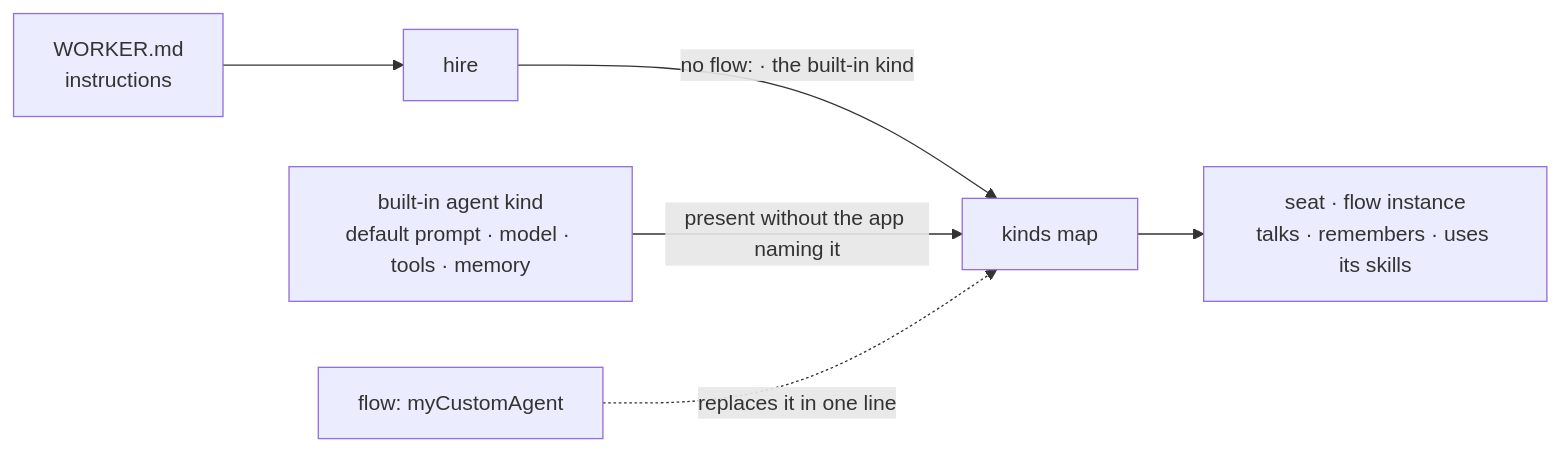
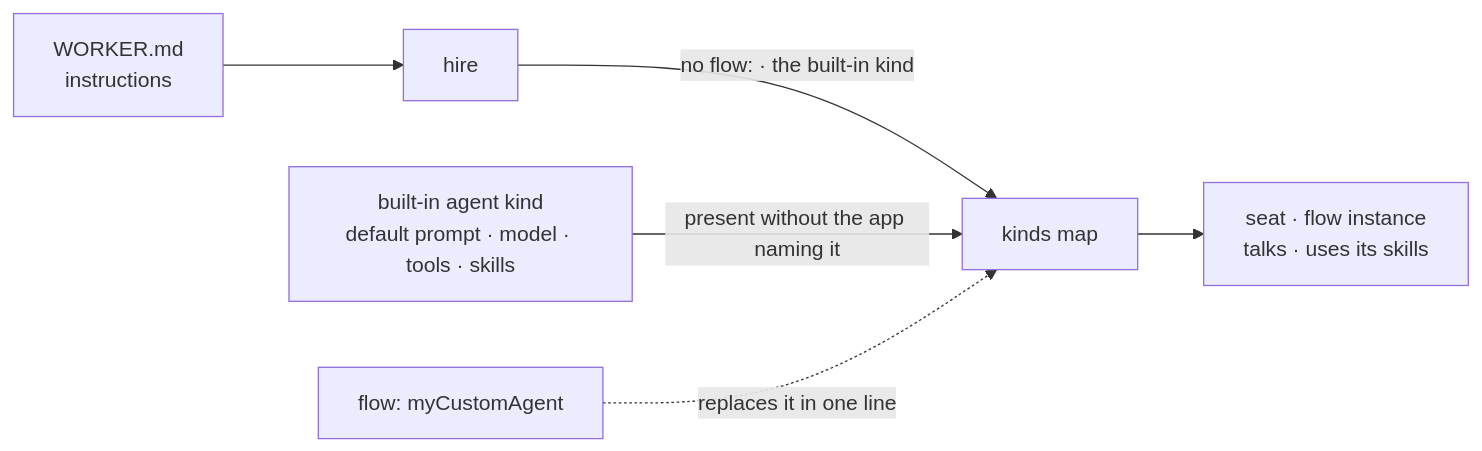
The second of 4 diagrams in spec/_epics/default-agent-kind.explainer.md (fixpoint-labs/flow-state-dev), drawn with Mermaid before and after one commit. The commit also changed other lines of this file and 1 other file, not shown here.

Commit message:
spec(epic): "remembers" is kind reach, not zero-config; fold light-vs-heavy provenance (FIX-1359)
Architect ruling on PR #1750, mirrored on #1730, out of the FIX-1360 x FIX-1361
cross-spec call.

1. The headline promised an instructions-only seat that "remembers". That word was
   always kind reach: packages/workforce depends on core + orchestration + zod with
   no @flow-state-dev/memory edge, and FIX-1361's stamped decision 2 fences that from
   changing. Section 1 now reads talks + skills out of the box, memory
   attach-when-configured within existing scopes.
2. The light-vs-heavy OOTB default (skills library + per-generator binding; read-side
   vs classifier/capture once memory is on) was settled on PR #1736, which closed
   unmerged, so it lived only in a closed thread. Now theme 9.

Reconciled: theme 1's composition list, section 3's sequencing clause, the index row
for FIX-1361 (spec PR #1750, Spec Approved), and the explainer's "after" panel.
Untouched: theme 4, the admission rule, theme 1's vocabulary, decision 2, the seven
issues and the DAG.

Claude-Session: https://claude.ai/code/session_014APDkJwNqkkVSp5nhT3Sho

````diff
--- a/spec/_epics/default-agent-kind.explainer.md
+++ b/spec/_epics/default-agent-kind.explainer.md
@@ -28,8 +28,8 @@
 ```mermaid
 flowchart LR
   W["WORKER.md<br/>instructions"] --> H[hire]
   H -->|"no flow: · the built-in kind"| K["kinds map"]
-  K --> S["seat · flow instance<br/>talks · remembers · uses its skills"]
-  G["built-in agent kind<br/>default prompt · model · tools · memory"] -->|"present without the app naming it"| K
+  K --> S["seat · flow instance<br/>talks · uses its skills"]
+  G["built-in agent kind<br/>default prompt · model · tools · skills"] -->|"present without the app naming it"| K
   C["flow: myCustomAgent"] -.->|"replaces it in one line"| K
 ```
````
